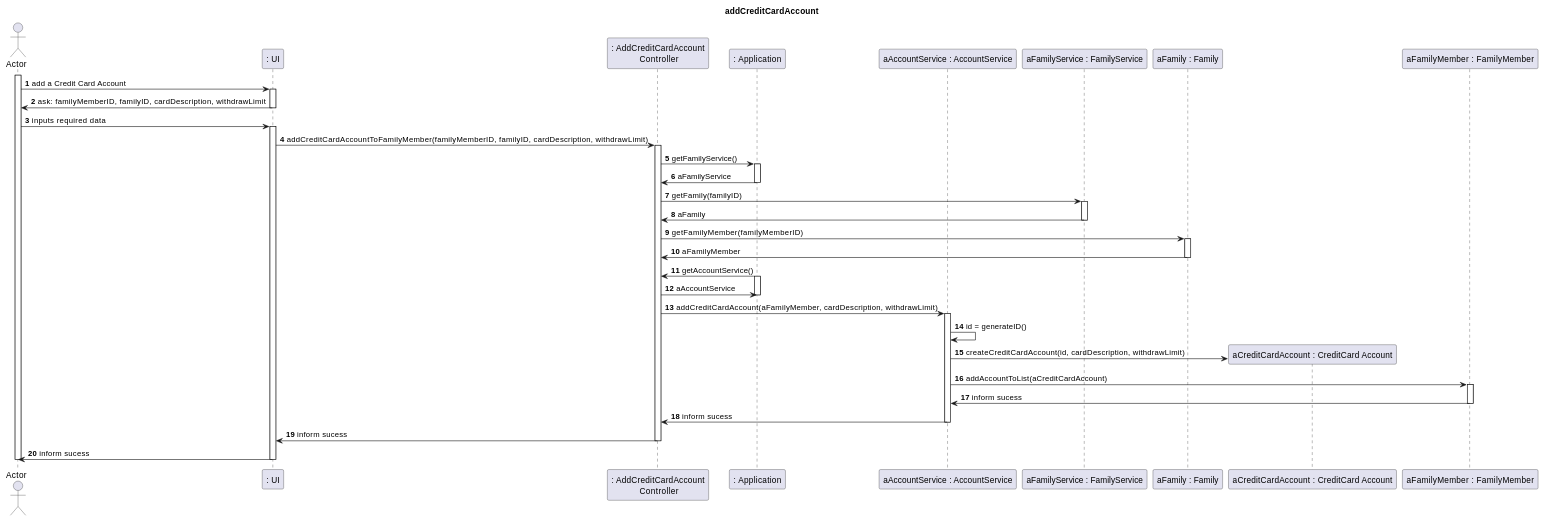
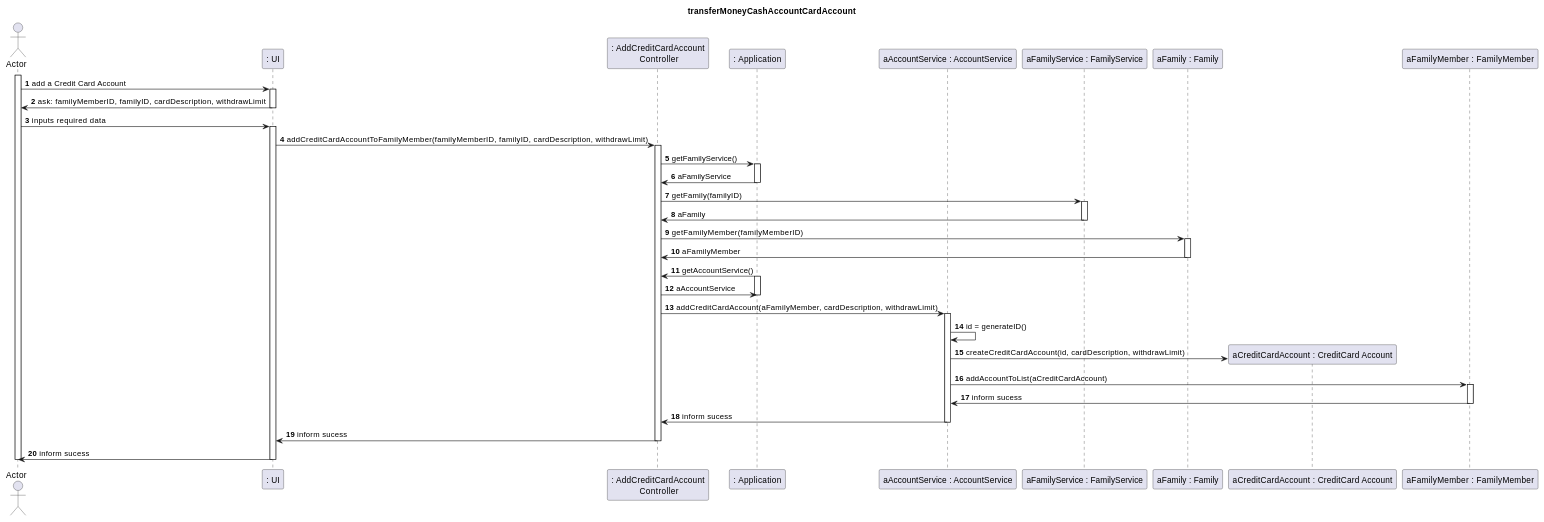
One commit to tomas-osswald/switch_2020_g3 changed the third of 4 diagrams in docs/sprint2/user_stories/US180_TransferMoneyFamilyMemberToFamilyMember.md. Above: the diagram before and after it, drawn with PlantUML.

Commit message:
small update in doc

````diff
--- a/docs/sprint2/user_stories/US180_TransferMoneyFamilyMemberToFamilyMember.md
+++ b/docs/sprint2/user_stories/US180_TransferMoneyFamilyMemberToFamilyMember.md
@@ -131,65 +131,65 @@
 ``` puml
 autonumber 1
-title addCreditCardAccount
+title transferMoneyCashAccountCardAccount
 actor "Actor" as actor
 participant ": UI" as UI
 participant ": AddCreditCardAccount\n Controller" as controller
 participant ": Application" as app
 participant "aAccountService : AccountService" as aserv
 participant "aFamilyService : FamilyService" as fserv
 participant "aFamily : Family" as family
 participant "aCreditCardAccount : CreditCard Account" as credit
 participant "aFamilyMember : FamilyMember" as familyMember
 
 activate actor
 actor -> UI : add a Credit Card Account
 activate UI
 UI -> actor : ask: familyMemberID, familyID, cardDescription, withdrawLimit
 deactivate UI
 actor -> UI : inputs required data
 activate UI
 UI -> controller : addCreditCardAccountToFamilyMember(familyMemberID, familyID, cardDescription, withdrawLimit)
 
 activate controller
 controller -> app : getFamilyService()
 activate app
 app -> controller : aFamilyService
 deactivate app
 
 controller -> fserv : getFamily(familyID)
 activate fserv
 fserv -> controller : aFamily
 deactivate fserv
 
 controller -> family : getFamilyMember(familyMemberID)
 activate family
 family -> controller : aFamilyMember
 deactivate family
 
 app -> controller : getAccountService()
 activate app
 controller -> app : aAccountService
 deactivate app
 
 
 controller -> aserv : addCreditCardAccount(aFamilyMember, cardDescription, withdrawLimit)
 activate aserv
 
 aserv -> aserv : id = generateID()
 
 aserv -> credit** : createCreditCardAccount(id, cardDescription, withdrawLimit)
 
 aserv -> familyMember : addAccountToList(aCreditCardAccount)
 activate familyMember 
 familyMember -> aserv : inform sucess
 deactivate familyMember
 aserv -> controller : inform sucess
 deactivate aserv
 
 controller -> UI : inform sucess
 deactivate controller
 
 UI -> actor : inform sucess
 deactivate UI
 deactivate actor
 ```
````
